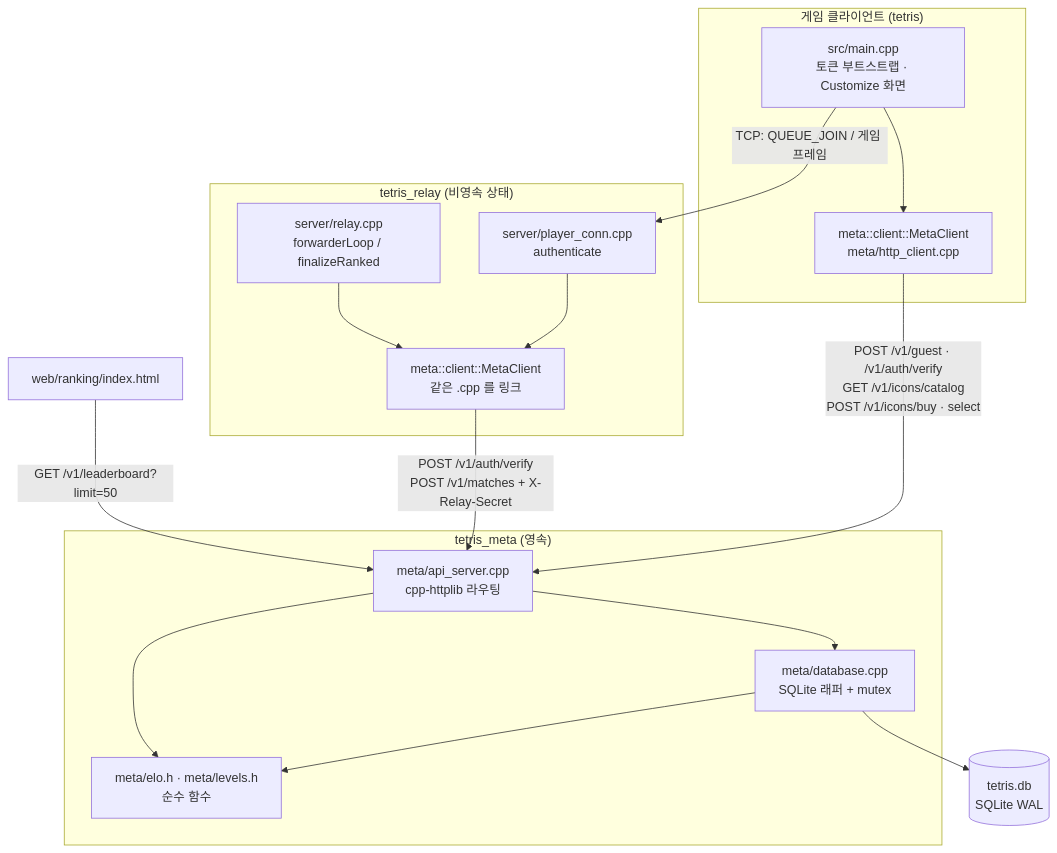
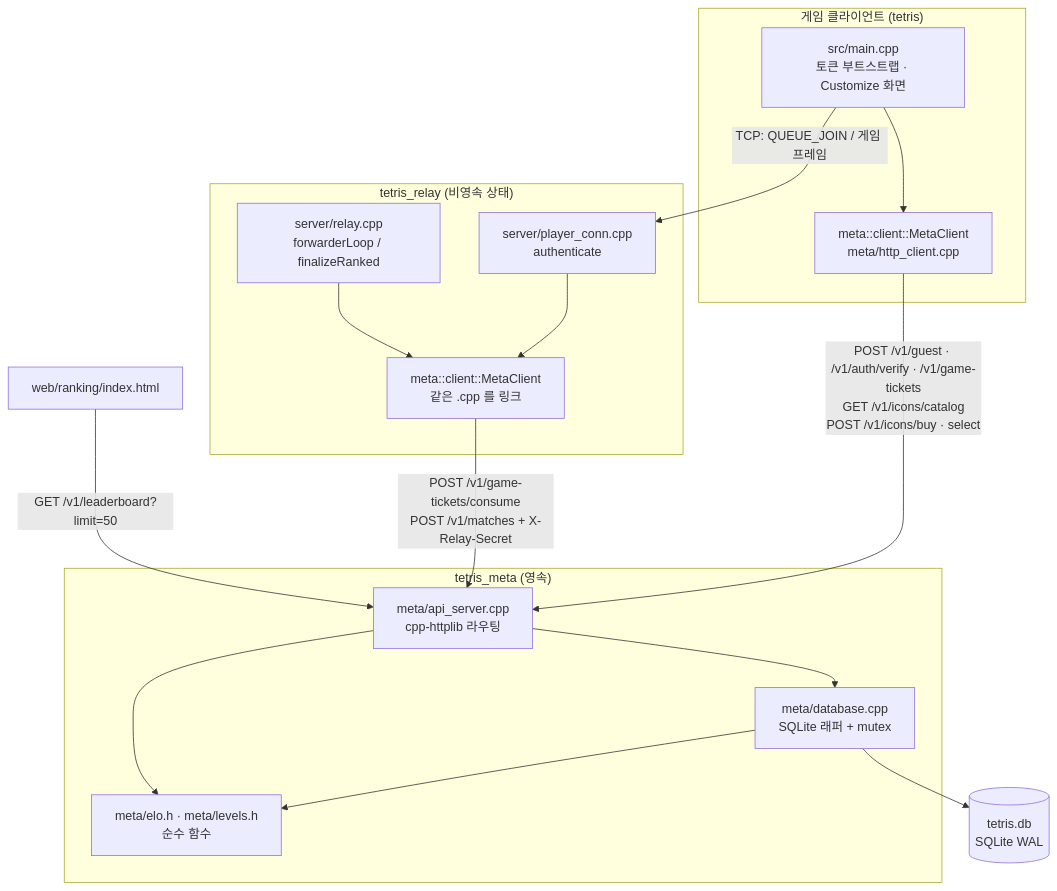
Before and after one commit to Rein-ArXiv/Tetris-Multiplayer-RL: the first of 6 diagrams in docs/blog/part10-meta-and-ranking.md, drawn with Mermaid. The commit also changed other lines of this file and 51035 other files, not shown here.

````diff
--- a/docs/blog/part10-meta-and-ranking.md
+++ b/docs/blog/part10-meta-and-ranking.md
@@ -32,31 +32,31 @@
 ```mermaid
 graph TB
     subgraph Client["게임 클라이언트 (tetris)"]
         C1[src/main.cpp<br/>토큰 부트스트랩 · Customize 화면]
         C2["meta::client::MetaClient<br/>meta/http_client.cpp"]
         C1 --> C2
     end
     subgraph Relay["tetris_relay (비영속 상태)"]
         R1[server/player_conn.cpp<br/>authenticate]
         R2[server/relay.cpp<br/>forwarderLoop / finalizeRanked]
         R3["meta::client::MetaClient<br/>같은 .cpp 를 링크"]
         R1 --> R3
         R2 --> R3
     end
     subgraph Meta["tetris_meta (영속)"]
         M1[meta/api_server.cpp<br/>cpp-httplib 라우팅]
         M2[meta/database.cpp<br/>SQLite 래퍼 + mutex]
         M3[meta/elo.h · meta/levels.h<br/>순수 함수]
         M1 --> M2
         M2 --> M3
         M1 --> M3
     end
     W[web/ranking/index.html]
     DB[(tetris.db<br/>SQLite WAL)]
 
-    C2 -- "POST /v1/guest · /v1/auth/verify<br/>GET /v1/icons/catalog<br/>POST /v1/icons/buy · select" --> M1
+    C2 -- "POST /v1/guest · /v1/auth/verify · /v1/game-tickets<br/>GET /v1/icons/catalog<br/>POST /v1/icons/buy · select" --> M1
     C1 -- "TCP: QUEUE_JOIN / 게임 프레임" --> R1
-    R3 -- "POST /v1/auth/verify<br/>POST /v1/matches + X-Relay-Secret" --> M1
+    R3 -- "POST /v1/game-tickets/consume<br/>POST /v1/matches + X-Relay-Secret" --> M1
     W -- "GET /v1/leaderboard?limit=50" --> M1
     M2 --> DB
 ```
````
